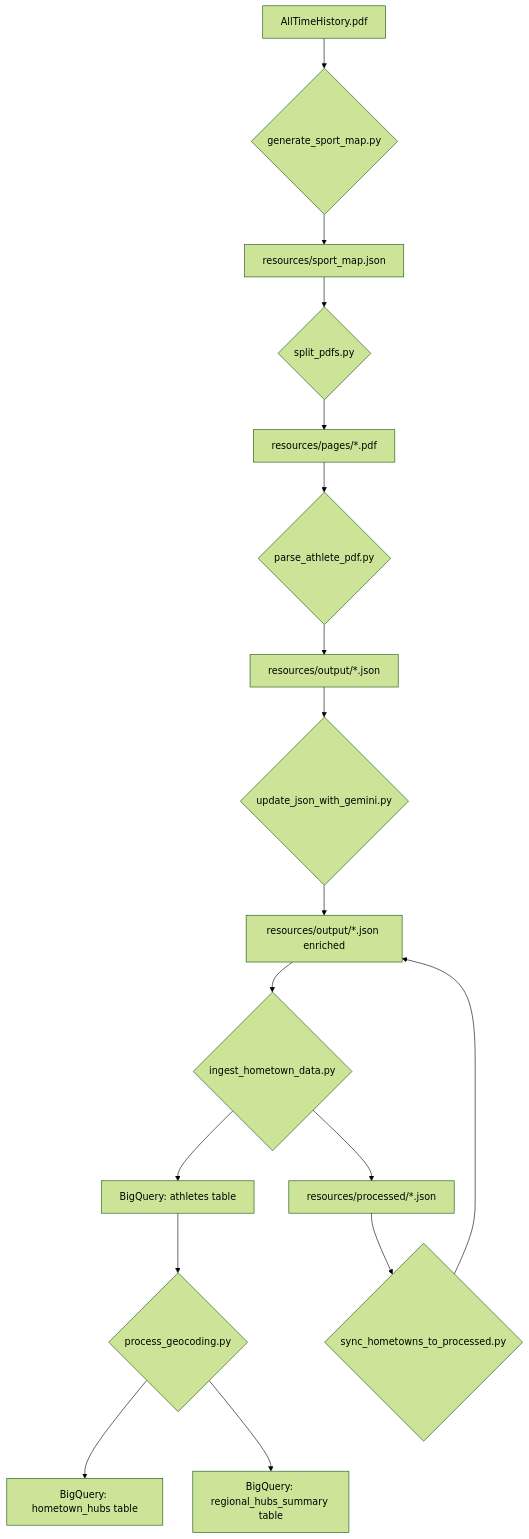
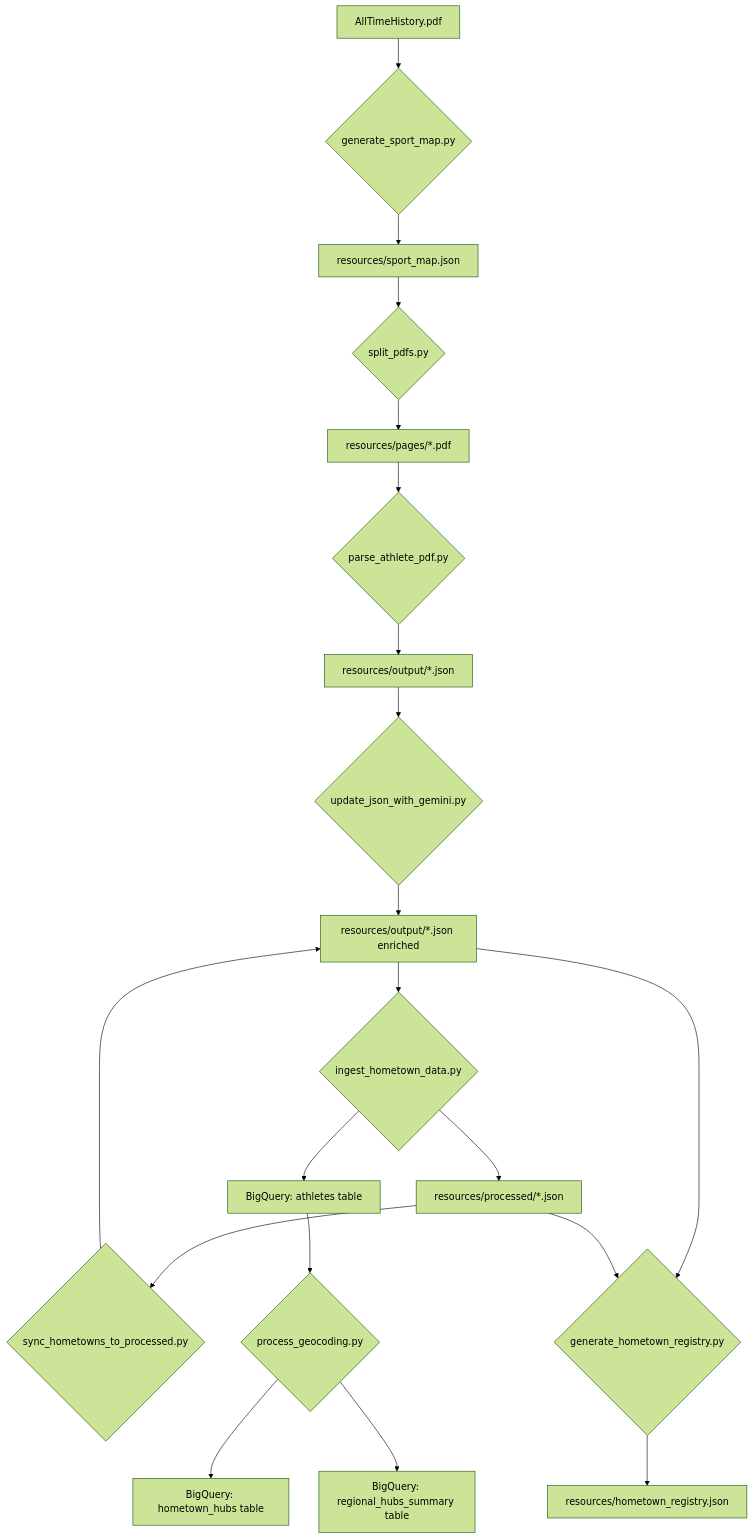
One commit to kwsang/hometown-heroes changed the diagram in scripts/README.md. Above: the diagram before and after it, drawn with Mermaid (forest theme). The commit also changed other lines of this file and 2 other files, not shown here.

Commit message:
add script to ingest hometown registry

````diff
--- a/scripts/README.md
+++ b/scripts/README.md
@@ -13,18 +13,21 @@
 ```mermaid
 graph TD
     A[AllTimeHistory.pdf] --> B{generate_sport_map.py};
     B --> C[resources/sport_map.json];
     C --> D{split_pdfs.py};
     D --> E[resources/pages/*.pdf];
     E --> F{parse_athlete_pdf.py};
     F --> G[resources/output/*.json];
     G --> H{update_json_with_gemini.py} --> I[resources/output/*.json enriched];
     M[resources/processed/*.json] --> J{sync_hometowns_to_processed.py};
     J --> I;
     I --> K{ingest_hometown_data.py};
+    I --> Q{generate_hometown_registry.py};
+    M --> Q;
+    Q --> R[resources/hometown_registry.json];
     K --> L[BigQuery: athletes table];
     K --> M[resources/processed/*.json];
     L --> N{process_geocoding.py};
     N --> O[BigQuery: hometown_hubs table];
     N --> P[BigQuery: regional_hubs_summary table];
 ```
````
